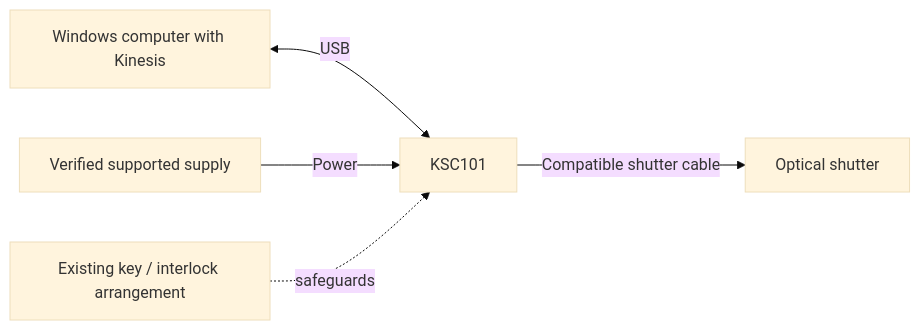
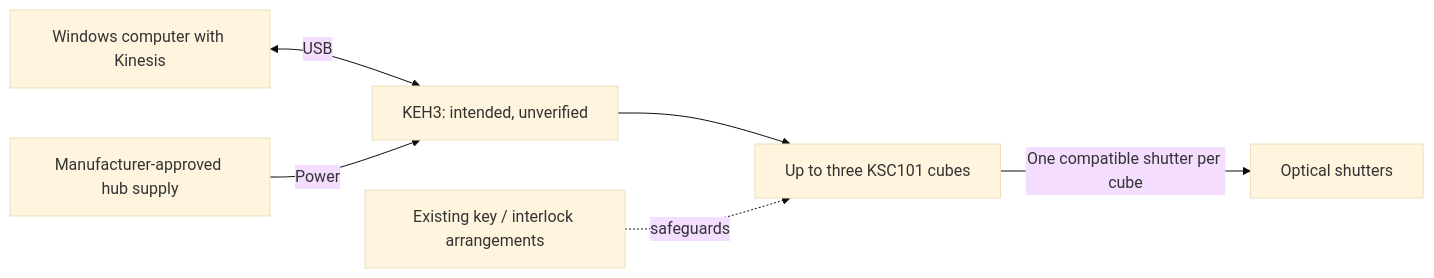
The first of 2 diagrams in docs/hardware.md (cct1123/thorlabs-shutter-control), drawn with Mermaid (base theme) before and after one commit. The commit also changed other lines of this file and 32 other files, not shown here.

Commit message:
Add three-shutter hub and independent KSC101 TTL controls

````diff
--- a/docs/hardware.md
+++ b/docs/hardware.md
@@ -26,7 +38,8 @@
 ```mermaid
 flowchart LR
-    P[Windows computer with Kinesis] <-->|USB| C[KSC101]
-    V[Verified supported supply] -->|Power| C
-    C -->|Compatible shutter cable| S[Optical shutter]
-    I[Existing key / interlock arrangement] -. safeguards .-> C
+    P[Windows computer with Kinesis] <-->|USB| H[KEH3: intended, unverified]
+    V[Manufacturer-approved hub supply] -->|Power| H
+    H --> C[Up to three KSC101 cubes]
+    C -->|One compatible shutter per cube| S[Optical shutters]
+    I[Existing key / interlock arrangements] -. safeguards .-> C
 ```
````
